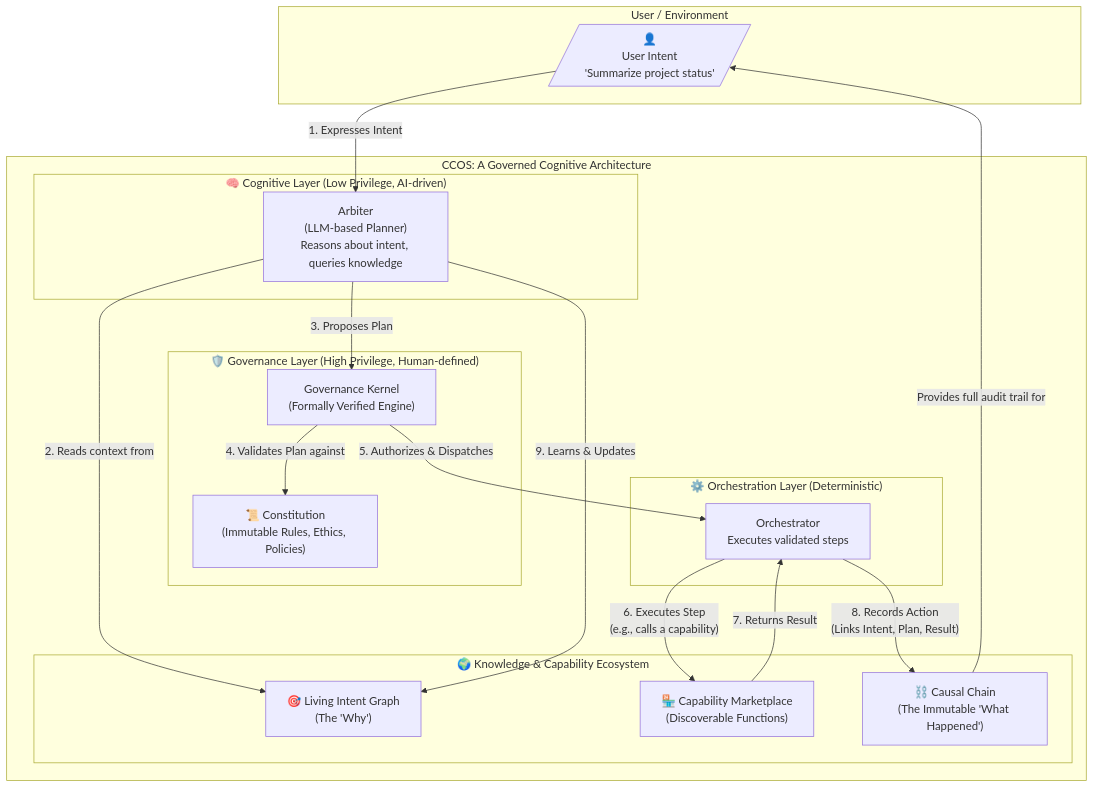
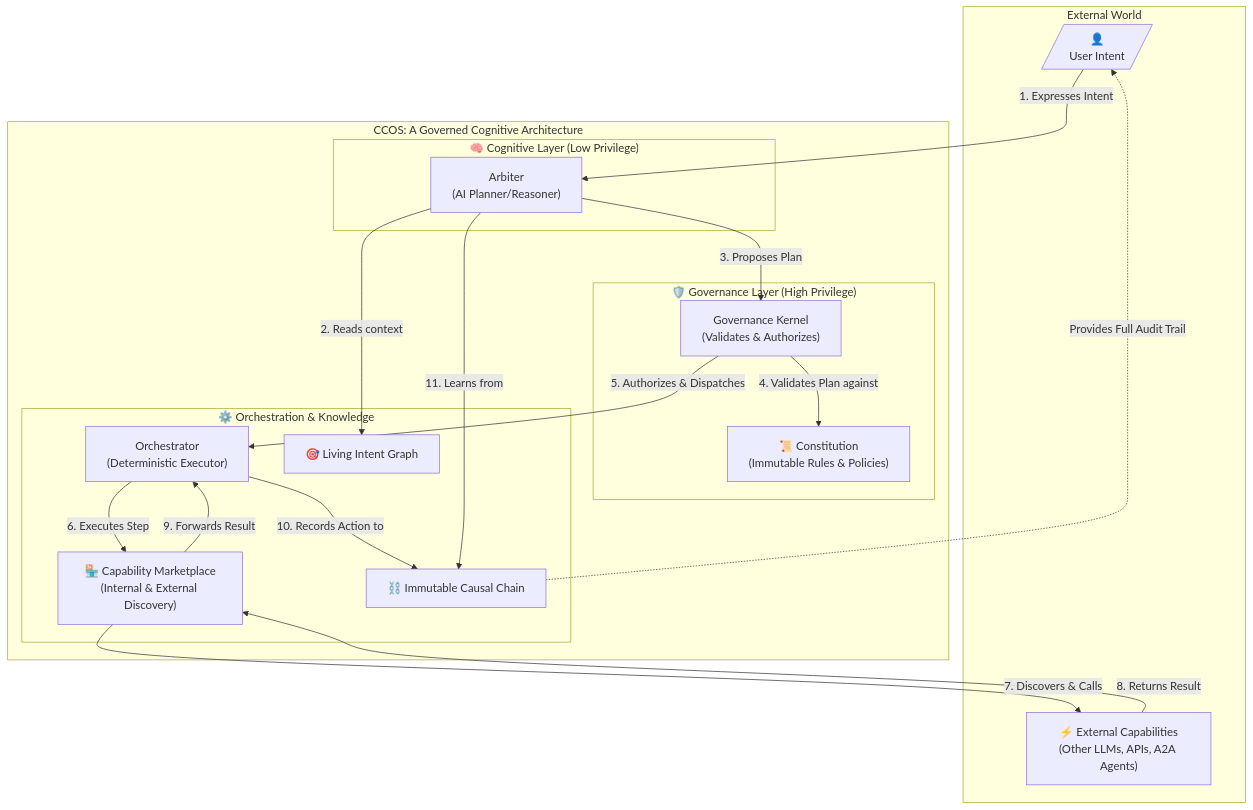
One commit to mandubian/ccos changed the diagram in README.md. Above: the diagram before and after it, drawn with Mermaid. The commit also changed other lines of this file and 1 other file, not shown here.

Commit message:
added some readme

````diff
--- a/README.md
+++ b/README.md
@@ -113,39 +113,41 @@
 ```mermaid
 graph TD
-    subgraph User / Environment
-        U[/"👤<br/>User Intent<br/>'Summarize project status'"/]
+    subgraph "External World"
+        U[/"👤<br/>User Intent"/]
+        ExtAgents["⚡️ External Capabilities<br/>(Other LLMs, APIs, A2A Agents)"]
     end
 
     subgraph "CCOS: A Governed Cognitive Architecture"
-        subgraph "🧠 Cognitive Layer (Low Privilege, AI-driven)"
-            Arbiter["Arbiter<br/>(LLM-based Planner)<br/>Reasons about intent, queries knowledge"]
+        subgraph "🧠 Cognitive Layer (Low Privilege)"
+            Arbiter["Arbiter<br/>(AI Planner/Reasoner)"]
         end
 
-        subgraph "🛡️ Governance Layer (High Privilege, Human-defined)"
-            Kernel["Governance Kernel<br/>(Formally Verified Engine)"]
-            Constitution["📜 Constitution<br/>(Immutable Rules, Ethics, Policies)"]
+        subgraph "🛡️ Governance Layer (High Privilege)"
+            Kernel["Governance Kernel<br/>(Validates & Authorizes)"]
+            Constitution["📜 Constitution<br/>(Immutable Rules & Policies)"]
         end
 
-        subgraph "⚙️ Orchestration Layer (Deterministic)"
-            Orchestrator["Orchestrator<br/>Executes validated steps"]
-        end
-
-        subgraph "🌍 Knowledge & Capability Ecosystem"
-            IntentGraph["🎯 Living Intent Graph<br/>(The 'Why')"]
-            Marketplace["🏪 Capability Marketplace<br/>(Discoverable Functions)"]
-            CausalChain["⛓️ Causal Chain<br/>(The Immutable 'What Happened')"]
+        subgraph "⚙️ Orchestration & Knowledge"
+            Orchestrator["Orchestrator<br/>(Deterministic Executor)"]
+            Marketplace["🏪 Capability Marketplace<br/>(Internal & External Discovery)"]
+            IntentGraph["🎯 Living Intent Graph"]
+            CausalChain["⛓️ Immutable Causal Chain"]
         end
     end
-
-    %% Flows
+    
+    %% Core Flows
     U --> |1. Expresses Intent| Arbiter
-    Arbiter -- "2. Reads context from" --> IntentGraph
+    Arbiter -- "2. Reads context" --> IntentGraph
     Arbiter -- "3. Proposes Plan" --> Kernel
     Kernel -- "4. Validates Plan against" --> Constitution
     Kernel -- "5. Authorizes & Dispatches" --> Orchestrator
-    Orchestrator -- "6. Executes Step<br/>(e.g., calls a capability)" --> Marketplace
-    Marketplace -- "7. Returns Result" --> Orchestrator
-    Orchestrator -- "8. Records Action<br/>(Links Intent, Plan, Result)" --> CausalChain
-    Arbiter -- "9. Learns & Updates" --> IntentGraph
-    CausalChain -- "Provides full audit trail for" --> U
+    
+    Orchestrator -- "6. Executes Step" --> Marketplace
+    Marketplace -- "7. Discovers & Calls" --> ExtAgents
+    ExtAgents -- "8. Returns Result" --> Marketplace
+    Marketplace -- "9. Forwards Result" --> Orchestrator
+    
+    Orchestrator -- "10. Records Action to" --> CausalChain
+    Arbiter -- "11. Learns from" --> CausalChain
+    CausalChain -.-> |"Provides Full Audit Trail"| U
 ```
````
